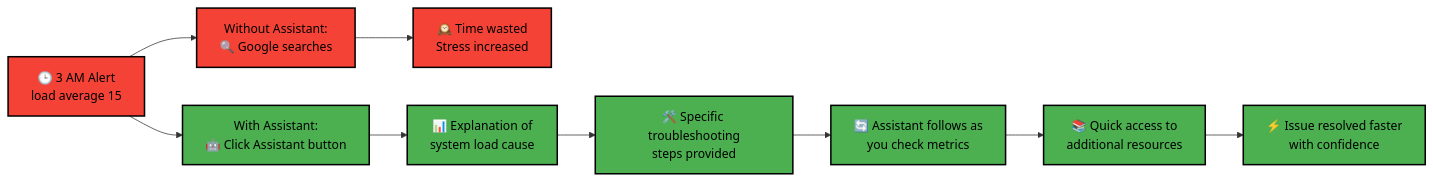
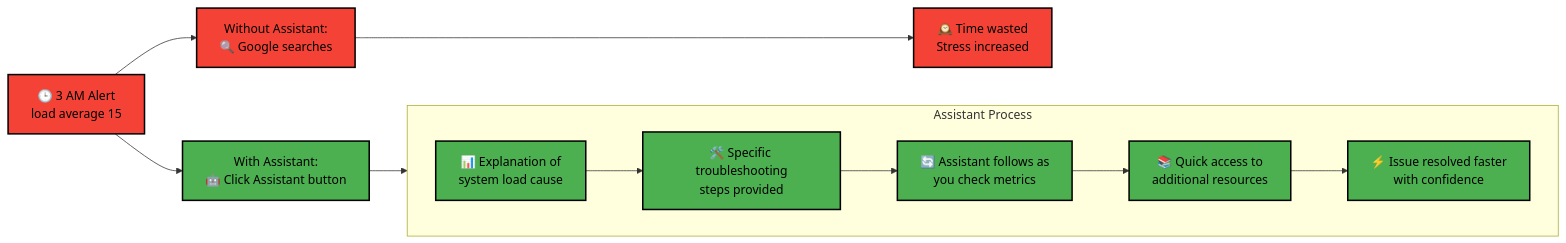
The diagram in docs/netdata-assistant.md (netdata/netdata), drawn with Mermaid before and after one commit. The commit also changed 1 other file, not shown here.

Commit message:
babystep

````diff
--- a/docs/netdata-assistant.md
+++ b/docs/netdata-assistant.md
@@ -70,23 +70,24 @@
 ```mermaid
 flowchart LR
     %% Node styling
     classDef neutral fill:#f9f9f9,stroke:#000000,color:#000000,stroke-width:2px
     classDef success fill:#4caf50,stroke:#000000,color:#000000,stroke-width:2px
     classDef warning fill:#ffeb3b,stroke:#000000,color:#000000,stroke-width:2px
     classDef danger fill:#f44336,stroke:#000000,color:#000000,stroke-width:2px
     
     A["🕒 3 AM Alert<br/>load average 15"] --> B["Without Assistant:<br/>🔍 Google searches"]
     A --> C["With Assistant:<br/>🤖 Click Assistant button"]
     
     B --> D["🕰️ Time wasted<br/>Stress increased"]
     
-    C --> E["📊 Explanation of<br/>system load cause"]
-    E --> F["🛠️ Specific troubleshooting<br/>steps provided"]
-    F --> G["🔄 Assistant follows as<br/>you check metrics"]
-    G --> H["📚 Quick access to<br/>additional resources"]
-    H --> I["⚡ Issue resolved faster<br/>with confidence"]
+    subgraph AssistantProcess ["Assistant Process"]
+        direction LR
+        E["📊 Explanation of<br/>system load cause"] --> F["🛠️ Specific troubleshooting<br/>steps provided"] --> G["🔄 Assistant follows as<br/>you check metrics"] --> H["📚 Quick access to<br/>additional resources"] --> I["⚡ Issue resolved faster<br/>with confidence"]
+    end
+    
+    C --> E
     
     %% Apply styles
     class A,B,D danger
     class C,E,F,G,H,I success
 ```
````
